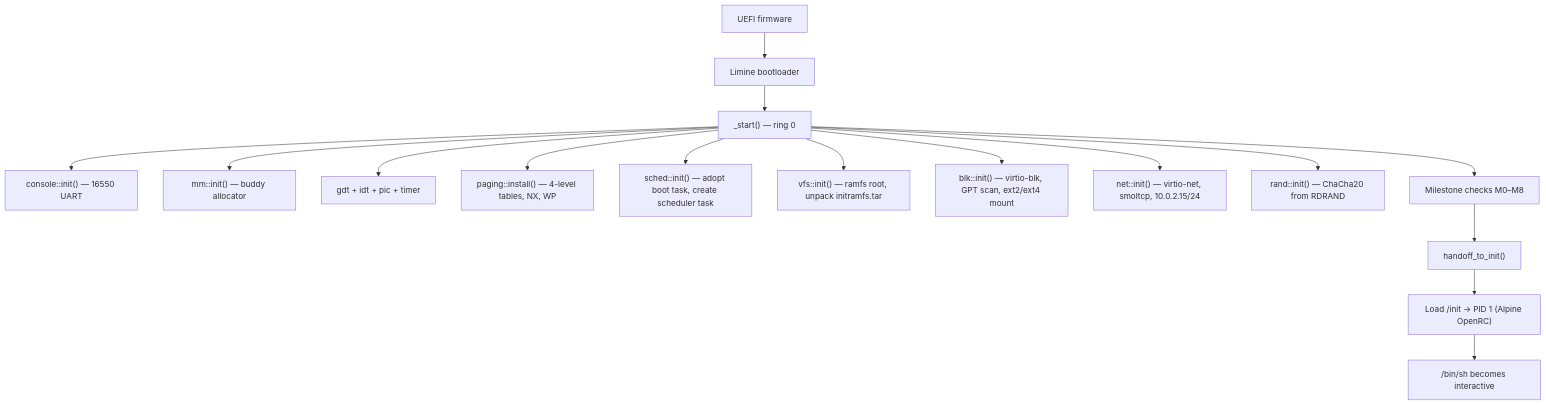
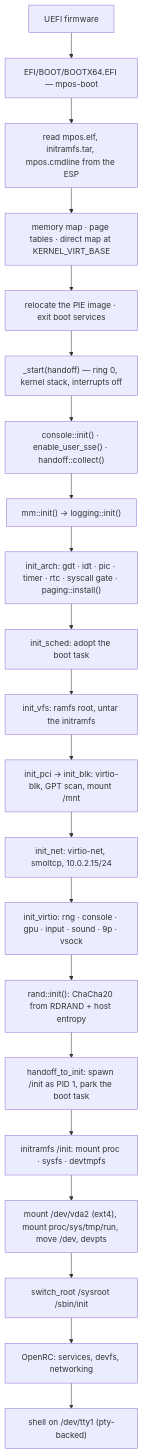
The second of 5 diagrams in README.md (sgj123456/MPOS), drawn with Mermaid before and after one commit. The commit also changed other lines of this file and 3 other files, not shown here.

First line of the commit message:
docs: AGENTS.md and ARCHITECTURE.md, a README that matches the tree, and PLAN.md's status

````diff
--- a/README.md
+++ b/README.md
@@ -118,18 +144,23 @@
 ```mermaid
 graph TD
-    A["UEFI firmware"] --> B["Limine bootloader"]
-    B --> C["_start() — ring 0"]
-    C --> D["console::init() — 16550 UART"]
-    C --> E["mm::init() — buddy allocator"]
-    C --> F["gdt + idt + pic + timer"]
-    C --> G["paging::install() — 4-level tables, NX, WP"]
-    C --> H["sched::init() — adopt boot task, create scheduler task"]
-    C --> I["vfs::init() — ramfs root, unpack initramfs.tar"]
-    C --> J["blk::init() — virtio-blk, GPT scan, ext2/ext4 mount"]
-    C --> K["net::init() — virtio-net, smoltcp, 10.0.2.15/24"]
-    C --> L["rand::init() — ChaCha20 from RDRAND"]
-    C --> M["Milestone checks M0–M8"]
-    M --> N["handoff_to_init()"]
-    N --> O["Load /init → PID 1 (Alpine OpenRC)"]
-    O --> P["/bin/sh becomes interactive"]
+    A["UEFI firmware"] --> B["EFI/BOOT/BOOTX64.EFI — mpos-boot"]
+    B --> B1["read mpos.elf, initramfs.tar, mpos.cmdline from the ESP"]
+    B1 --> B2["memory map · page tables · direct map at KERNEL_VIRT_BASE"]
+    B2 --> B3["relocate the PIE image · exit boot services"]
+    B3 --> C["_start(handoff) — ring 0, kernel stack, interrupts off"]
+    C --> C1["console::init() · enable_user_sse() · handoff::collect()"]
+    C1 --> D["mm::init() → logging::init()"]
+    D --> E["init_arch: gdt · idt · pic · timer · rtc · syscall gate · paging::install()"]
+    E --> F["init_sched: adopt the boot task"]
+    F --> G["init_vfs: ramfs root, untar the initramfs"]
+    G --> H["init_pci → init_blk: virtio-blk, GPT scan, mount /mnt"]
+    H --> I["init_net: virtio-net, smoltcp, 10.0.2.15/24"]
+    I --> J["init_virtio: rng · console · gpu · input · sound · 9p · vsock"]
+    J --> K["rand::init(): ChaCha20 from RDRAND + host entropy"]
+    K --> L["handoff_to_init: spawn /init as PID 1, park the boot task"]
+    L --> M["initramfs /init: mount proc · sysfs · devtmpfs"]
+    M --> N["mount /dev/vda2 (ext4), mount proc/sys/tmp/run, move /dev, devpts"]
+    N --> O["switch_root /sysroot /sbin/init"]
+    O --> P["OpenRC: services, devfs, networking"]
+    P --> Q["shell on /dev/tty1 (pty-backed)"]
 ```
````
